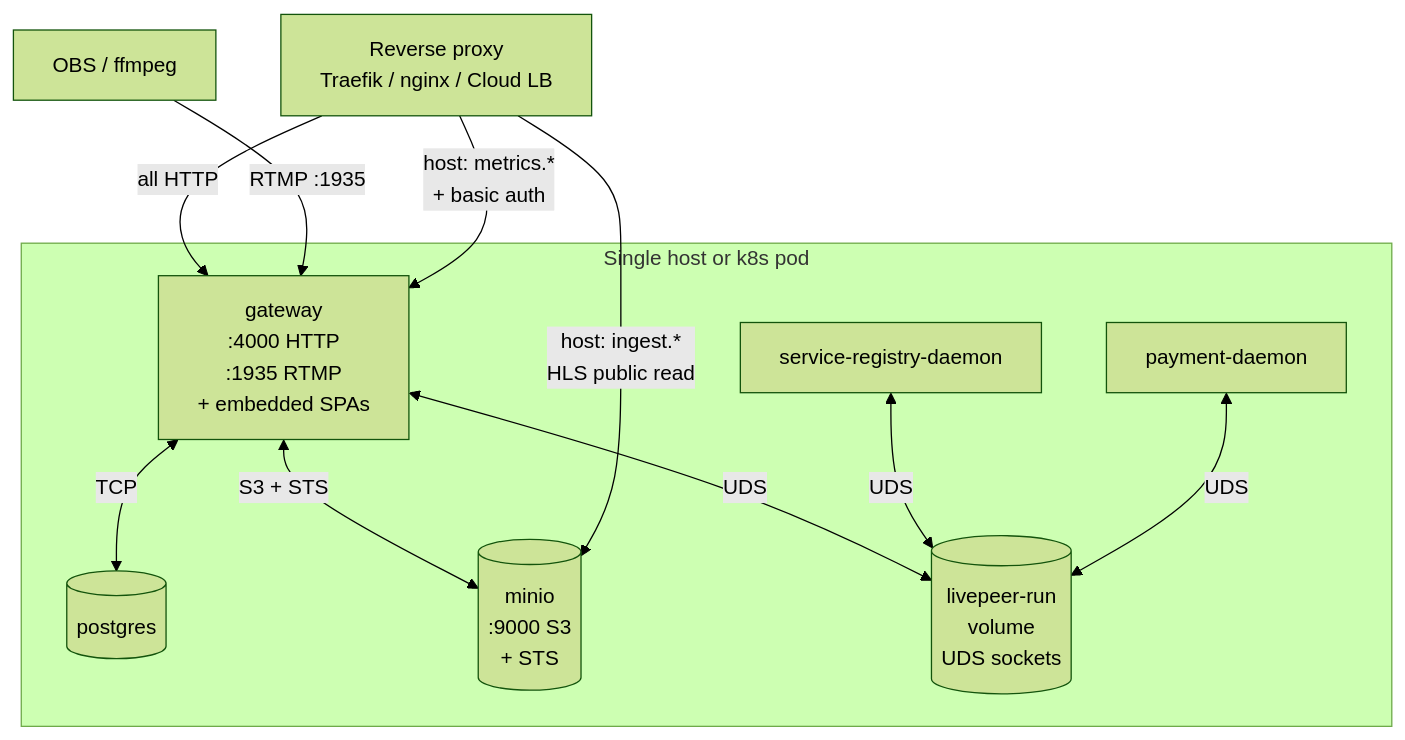
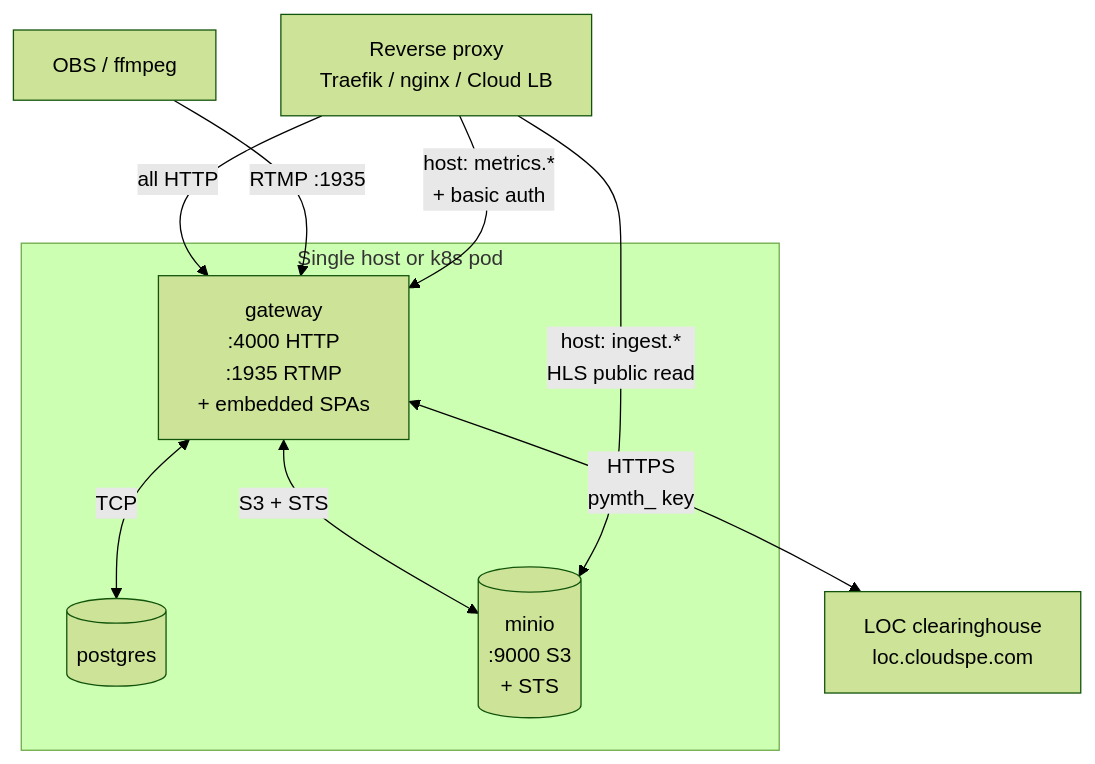
The fifth of 5 diagrams in ARCHITECTURE.md (Cloud-SPE/livepeer-modules-transcode-gateway), drawn with Mermaid (forest theme) before and after one commit. The commit also changed other lines of this file and 59 other files, not shown here.

````diff
--- a/ARCHITECTURE.md
+++ b/ARCHITECTURE.md
@@ -408,22 +438,17 @@
 ```mermaid
 flowchart TB
   subgraph host[Single host or k8s pod]
     GW[gateway<br/>:4000 HTTP<br/>:1935 RTMP<br/>+ embedded SPAs]
     DB[(postgres)]
     MIN[(minio<br/>:9000 S3<br/>+ STS)]
-    REG[service-registry-daemon]
-    PAYER[payment-daemon]
-    UDS[(livepeer-run<br/>volume<br/>UDS sockets)]
   end
 
   GW <-->|TCP| DB
   GW <-->|S3 + STS| MIN
-  GW <-->|UDS| UDS
-  REG <-->|UDS| UDS
-  PAYER <-->|UDS| UDS
+  GW <-->|HTTPS<br/>pymth_ key| LOC[LOC clearinghouse<br/>loc.cloudspe.com]
 
   proxy[Reverse proxy<br/>Traefik / nginx / Cloud LB] -->|all HTTP| GW
   proxy -->|host: ingest.*<br/>HLS public read| MIN
   rtmp[OBS / ffmpeg] -->|RTMP :1935| GW
   proxy -->|host: metrics.*<br/>+ basic auth| GW
 ```
````
